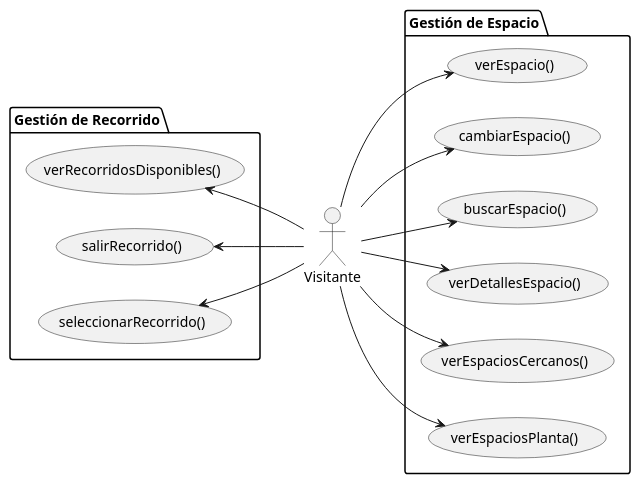
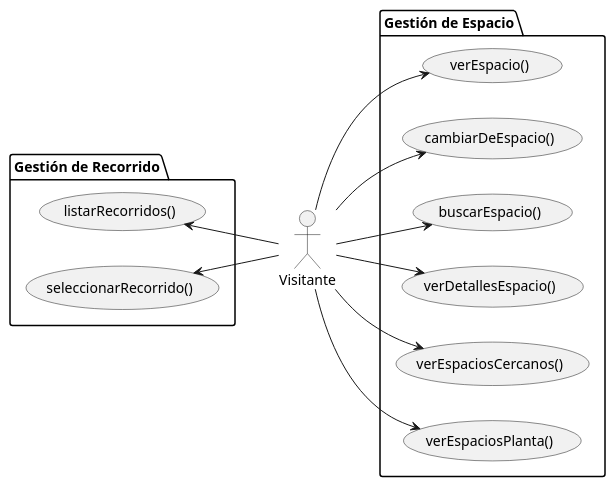
Before and after one commit to Camila-Lesly/25-26-idsw1-sdr: the diagram in documentos/01-casoDeUso/1-CasoDeUso/Visitante/visitanteCasosDeUso.puml, drawn with PlantUML. The commit also changed 14 other files, not shown here.

Commit message:
docs: cambios para consistencia entre diagramas

```diff
--- a/documentos/01-casoDeUso/1-CasoDeUso/Visitante/visitanteCasosDeUso.puml
+++ b/documentos/01-casoDeUso/1-CasoDeUso/Visitante/visitanteCasosDeUso.puml
@@ -1,32 +1,30 @@
 @startuml
 
 left to right direction
 
 actor "Visitante" as visitante
 
 package "Gestión de Espacio"{
     usecase verEspacio as "verEspacio()"
-    usecase cambiarEspacio as "cambiarEspacio()"
+    usecase cambiarDeEspacio as "cambiarDeEspacio()"
     usecase buscarEspacio as "buscarEspacio()"
     usecase verDetallesEspacio as "verDetallesEspacio()"
     usecase verEspaciosCercanos as "verEspaciosCercanos()"
     usecase verEspaciosPlanta as "verEspaciosPlanta()"
 }
 
 package "Gestión de Recorrido"{
-    usecase verRecorridosDisponibles as "verRecorridosDisponibles()"
-    usecase salirrRecorrido as "salirRecorrido()"
+    usecase listarRecorridos as "listarRecorridos()"
     usecase seleccionarRecorrido as "seleccionarRecorrido()"
 }
 
 visitante --> (verEspacio)
-visitante --> (cambiarEspacio)
+visitante --> (cambiarDeEspacio)
 visitante --> (buscarEspacio)
 visitante --> (verDetallesEspacio)
 visitante --> (verEspaciosCercanos)
 visitante --> (verEspaciosPlanta)
 
 (seleccionarRecorrido) <-- visitante
-(verRecorridosDisponibles) <-- visitante
-(salirrRecorrido) <-- visitante
+(listarRecorridos) <-- visitante
 @enduml
```
